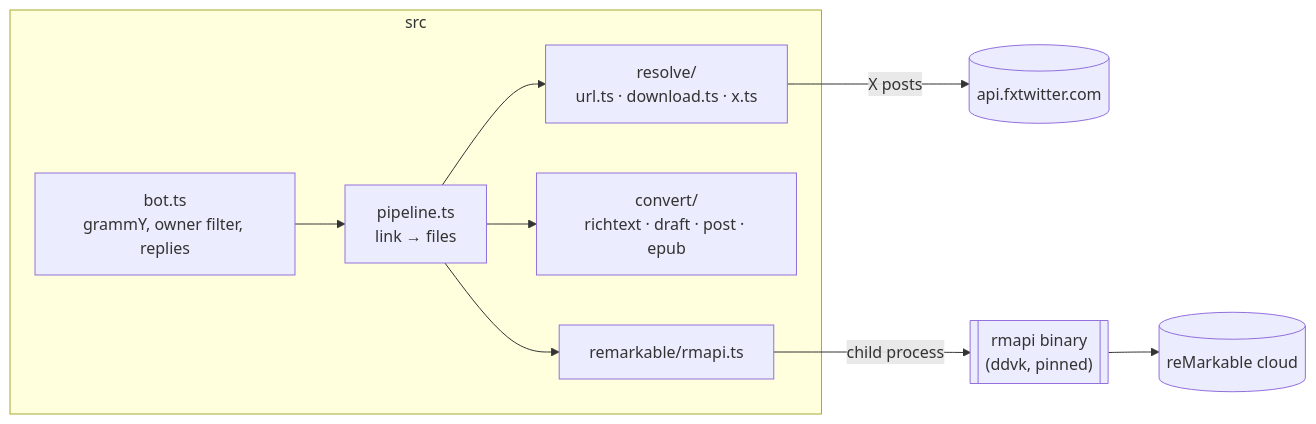
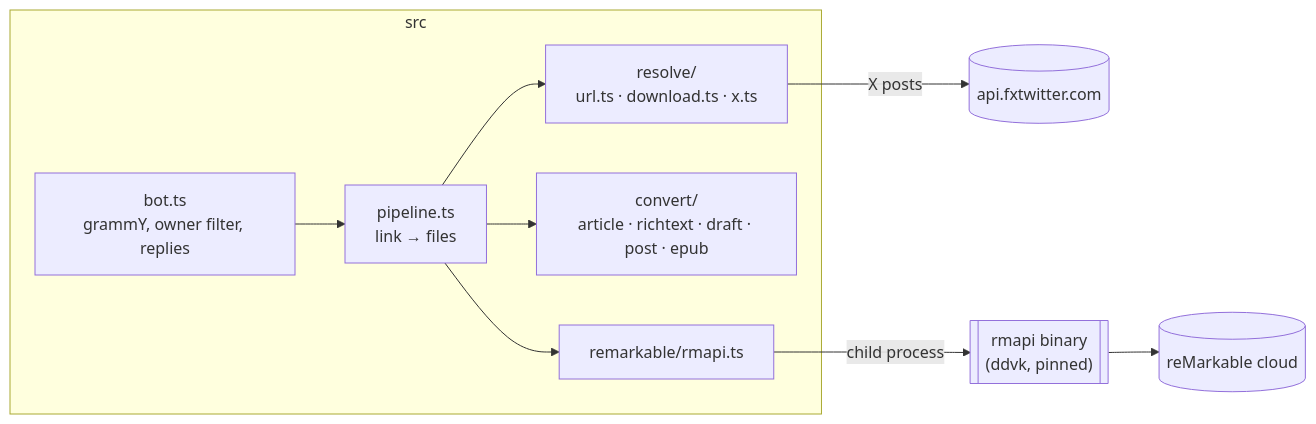
Before and after one commit to lucaslimafons/tweet2remarkable: the second of 2 diagrams in README.md, drawn with Mermaid. The commit also changed other lines of this file and 1 other file, not shown here.

````diff
--- a/README.md
+++ b/README.md
@@ -48,11 +59,11 @@
 ```mermaid
 flowchart LR
     subgraph src
         bot["bot.ts<br/>grammY, owner filter, replies"] --> pipeline["pipeline.ts<br/>link → files"]
         pipeline --> resolve["resolve/<br/>url.ts · download.ts · x.ts"]
-        pipeline --> convert["convert/<br/>richtext · draft · post · epub"]
+        pipeline --> convert["convert/<br/>article · richtext · draft · post · epub"]
         pipeline --> rm["remarkable/rmapi.ts"]
     end
     resolve -- "X posts" --> fxtwitter[("api.fxtwitter.com")]
     rm -- "child process" --> rmapi[["rmapi binary<br/>(ddvk, pinned)"]] --> cloud[("reMarkable cloud")]
 ```
````
